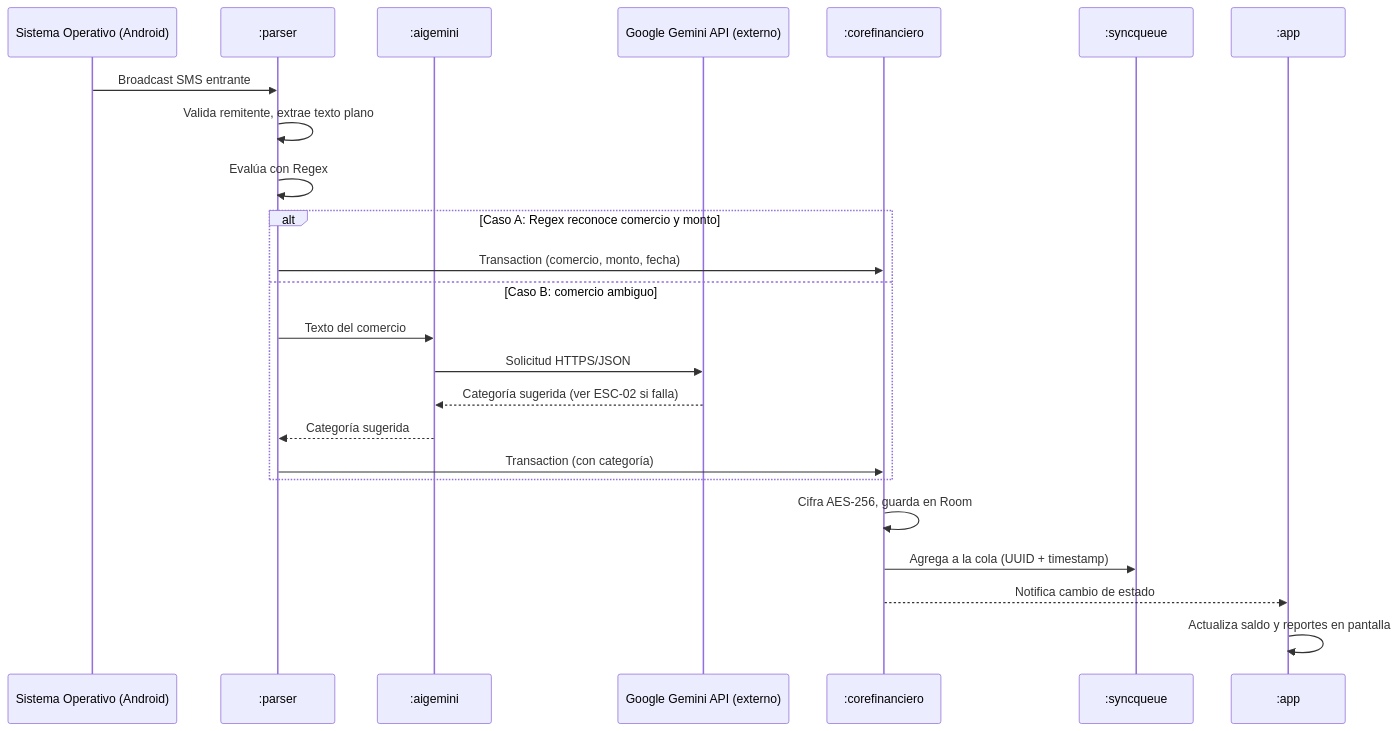
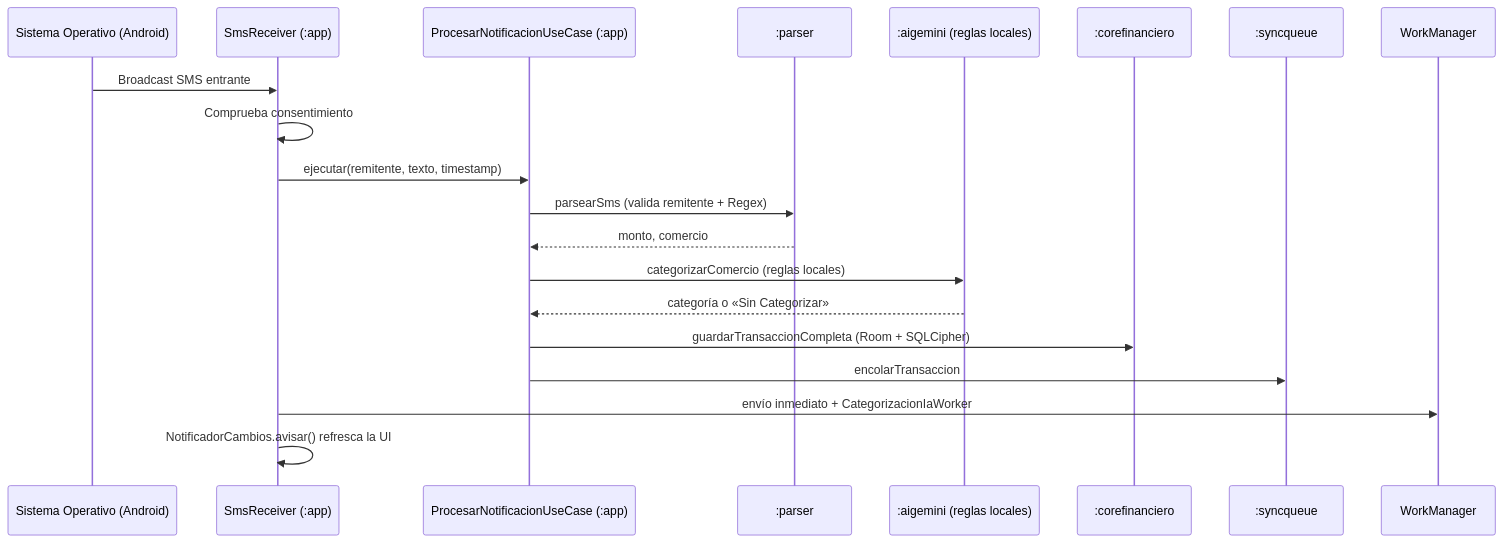
One commit to ISCOUTB/AS_202620_XALD changed the first of 5 diagrams in docs/arc42/06-Runtime view.md. Above: the diagram before and after it, drawn with Mermaid. The commit also changed other lines of this file, not shown here.

````diff
--- a/docs/arc42/06-Runtime view.md
+++ b/docs/arc42/06-Runtime view.md
@@ -18,27 +18,23 @@
 ```mermaid
 sequenceDiagram
     participant SO as Sistema Operativo (Android)
-    participant PARSER as :parser
-    participant AIGEMINI as :aigemini
-    participant GEMINI as Google Gemini API (externo)
+    participant RCV as SmsReceiver (:app)
+    participant UC as ProcesarNotificacionUseCase (:app)
+    participant P as :parser
+    participant AI as :aigemini (reglas locales)
     participant CORE as :corefinanciero
-    participant SYNC as :syncqueue
-    participant APP as :app
+    participant SQ as :syncqueue
+    participant WM as WorkManager
 
-    SO->>PARSER: Broadcast SMS entrante
-    PARSER->>PARSER: Valida remitente, extrae texto plano
-    PARSER->>PARSER: Evalúa con Regex
-    alt Caso A: Regex reconoce comercio y monto
-        PARSER->>CORE: Transaction (comercio, monto, fecha)
-    else Caso B: comercio ambiguo
-        PARSER->>AIGEMINI: Texto del comercio
-        AIGEMINI->>GEMINI: Solicitud HTTPS/JSON
-        GEMINI-->>AIGEMINI: Categoría sugerida (ver ESC-02 si falla)
-        AIGEMINI-->>PARSER: Categoría sugerida
-        PARSER->>CORE: Transaction (con categoría)
-    end
-    CORE->>CORE: Cifra AES-256, guarda en Room
-    CORE->>SYNC: Agrega a la cola (UUID + timestamp)
-    CORE-->>APP: Notifica cambio de estado
-    APP->>APP: Actualiza saldo y reportes en pantalla
+    SO->>RCV: Broadcast SMS entrante
+    RCV->>RCV: Comprueba consentimiento
+    RCV->>UC: ejecutar(remitente, texto, timestamp)
+    UC->>P: parsearSms (valida remitente + Regex)
+    P-->>UC: monto, comercio
+    UC->>AI: categorizarComercio (reglas locales)
+    AI-->>UC: categoría o «Sin Categorizar»
+    UC->>CORE: guardarTransaccionCompleta (Room + SQLCipher)
+    UC->>SQ: encolarTransaccion
+    RCV->>WM: envío inmediato + CategorizacionIaWorker
+    RCV->>RCV: NotificadorCambios.avisar() refresca la UI
 ```
````
